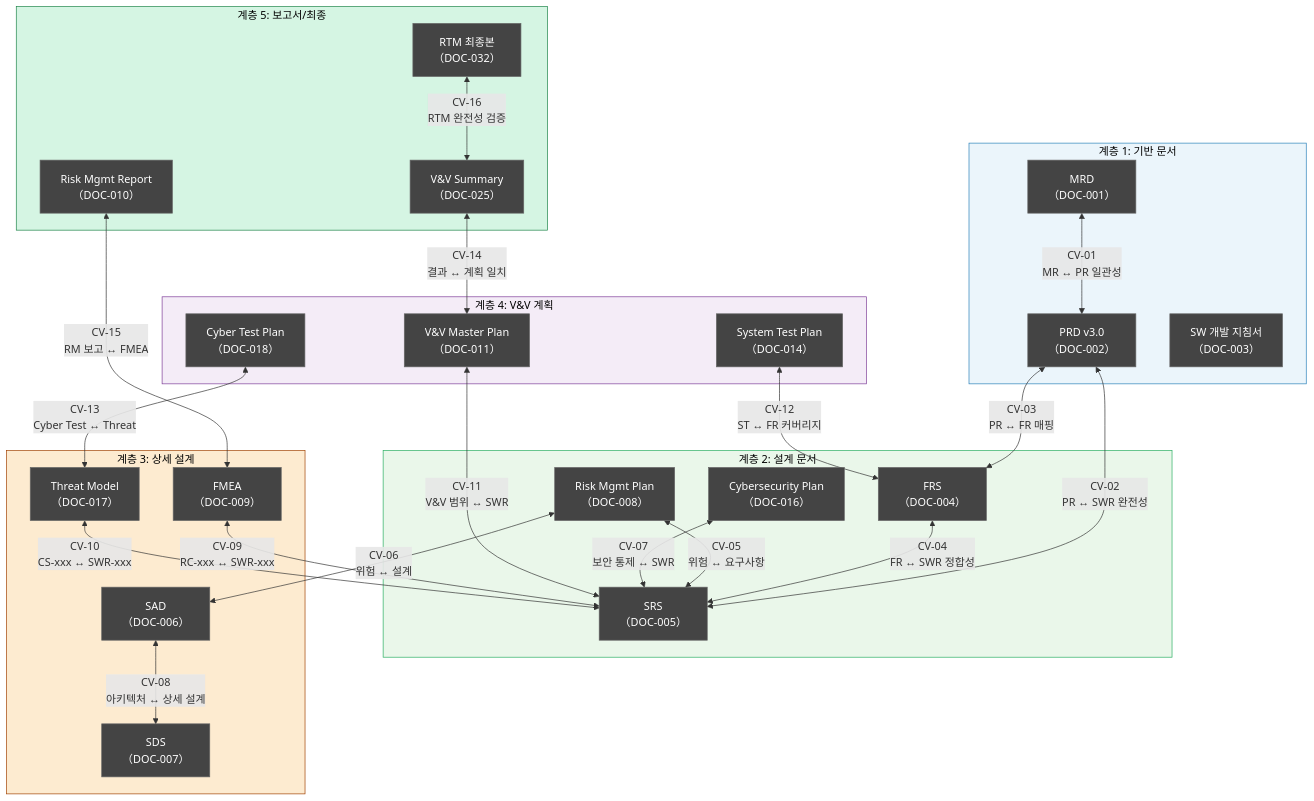
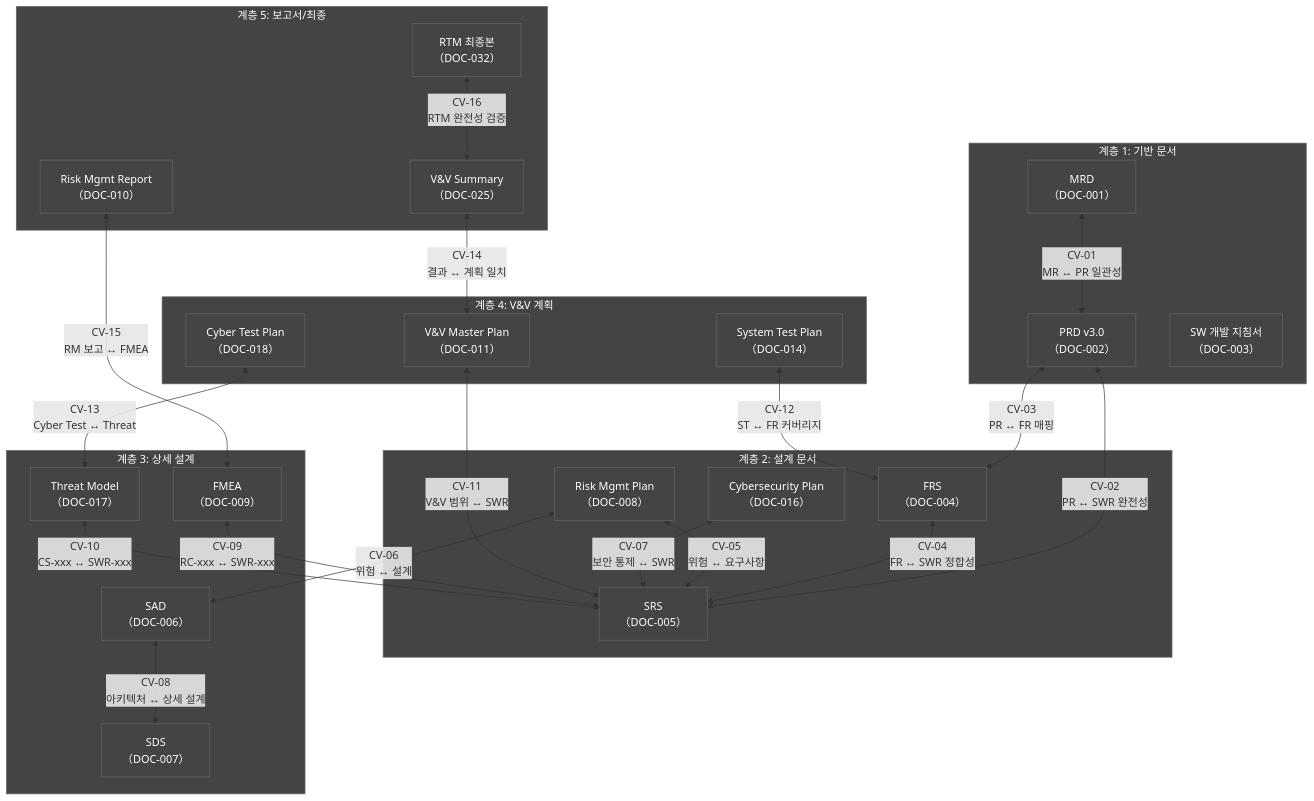
One commit to holee9/console-gui changed the sixth of 9 diagrams in docs/management/DMP-001_DMP_v1.0.md. Above: the diagram before and after it, drawn with Mermaid. The commit also changed other lines of this file and 35 other files, not shown here.

First line of the commit message:
fix: 전체 Mermaid 차트 색상 진한 회색 통일

````diff
--- a/docs/management/DMP-001_DMP_v1.0.md
+++ b/docs/management/DMP-001_DMP_v1.0.md
@@ -719,58 +719,58 @@
 ```mermaid
 flowchart TD
     classDef default fill:#444,stroke:#666,color:#fff
     subgraph TIER1["계층 1: 기반 문서"]
         MRD_V["MRD\n（DOC-001）"]
         PRD_V["PRD v3.0\n（DOC-002）"]
         SDG_V["SW 개발 지침서\n（DOC-003）"]
     end
 
     subgraph TIER2["계층 2: 설계 문서"]
         FRS_V["FRS\n（DOC-004）"]
         SRS_V["SRS\n（DOC-005）"]
         RMP_V["Risk Mgmt Plan\n（DOC-008）"]
         CMP_V["Cybersecurity Plan\n（DOC-016）"]
     end
 
     subgraph TIER3["계층 3: 상세 설계"]
         SAD_V["SAD\n（DOC-006）"]
         SDS_V["SDS\n（DOC-007）"]
         FMEA_V["FMEA\n（DOC-009）"]
         TMA_V["Threat Model\n（DOC-017）"]
     end
 
     subgraph TIER4["계층 4: V&V 계획"]
         VVP_V["V&V Master Plan\n（DOC-011）"]
         STP_V["System Test Plan\n（DOC-014）"]
         CTP_V["Cyber Test Plan\n（DOC-018）"]
     end
 
     subgraph TIER5["계층 5: 보고서/최종"]
         VVR_V["V&V Summary\n（DOC-025）"]
         RMR_V["Risk Mgmt Report\n（DOC-010）"]
         RTM_V["RTM 최종본\n（DOC-032）"]
     end
 
     MRD_V <-->|"CV-01\nMR ↔ PR 일관성"| PRD_V
     PRD_V <-->|"CV-02\nPR ↔ SWR 완전성"| SRS_V
     PRD_V <-->|"CV-03\nPR ↔ FR 매핑"| FRS_V
     FRS_V <-->|"CV-04\nFR ↔ SWR 정합성"| SRS_V
     RMP_V <-->|"CV-05\n위험 ↔ 요구사항"| SRS_V
     RMP_V <-->|"CV-06\n위험 ↔ 설계"| SAD_V
     CMP_V <-->|"CV-07\n보안 통제 ↔ SWR"| SRS_V
     SAD_V <-->|"CV-08\n아키텍처 ↔ 상세 설계"| SDS_V
     FMEA_V <-->|"CV-09\nRC-xxx ↔ SWR-xxx"| SRS_V
     TMA_V <-->|"CV-10\nCS-xxx ↔ SWR-xxx"| SRS_V
     VVP_V <-->|"CV-11\nV&V 범위 ↔ SWR"| SRS_V
     STP_V <-->|"CV-12\nST ↔ FR 커버리지"| FRS_V
     CTP_V <-->|"CV-13\nCyber Test ↔ Threat"| TMA_V
     VVR_V <-->|"CV-14\n결과 ↔ 계획 일치"| VVP_V
     RMR_V <-->|"CV-15\nRM 보고 ↔ FMEA"| FMEA_V
     RTM_V <-->|"CV-16\nRTM 완전성 검증"| VVR_V
 
-    style TIER1 fill:#EBF5FB,stroke:#2980B9,color:#000
-    style TIER2 fill:#EAF7EA,stroke:#27AE60,color:#000
-    style TIER3 fill:#FDEBD0,stroke:#A04000,color:#000
-    style TIER4 fill:#F4ECF7,stroke:#7D3C98,color:#000
-    style TIER5 fill:#D5F5E3,stroke:#1E8449,color:#000
+    style TIER1 fill:#444,stroke:#666,color:#fff
+    style TIER2 fill:#444,stroke:#666,color:#fff
+    style TIER3 fill:#444,stroke:#666,color:#fff
+    style TIER4 fill:#444,stroke:#666,color:#fff
+    style TIER5 fill:#444,stroke:#666,color:#fff
 ```
````
